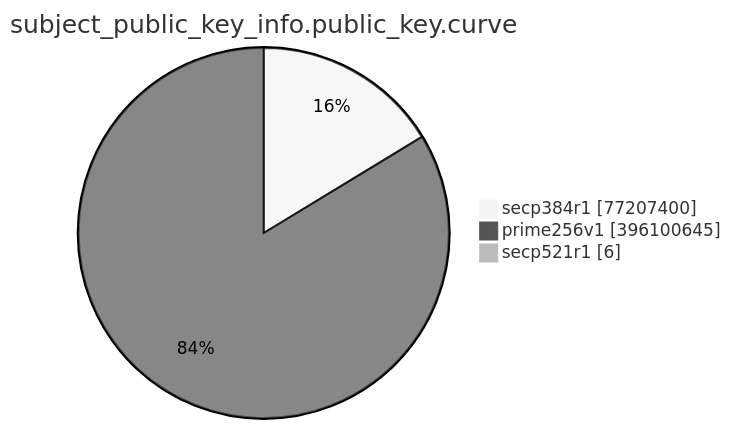
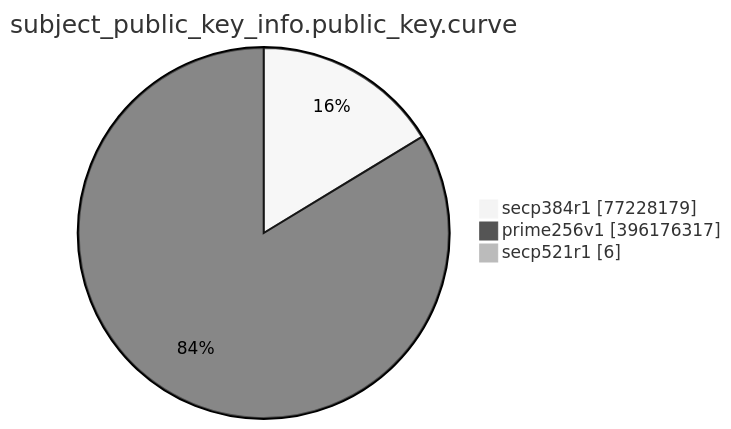
The eighth of 15 diagrams in TOTAL/README.md (christiankrug/ctmonitor_visualization), drawn with Mermaid (neutral theme) before and after one commit. The commit also changed other lines of this file, not shown here.

````diff
--- a/TOTAL/README.md
+++ b/TOTAL/README.md
@@ -3095,7 +3095,7 @@
 ```mermaid
 pie showData
 title subject_public_key_info.public_key.curve
-"secp384r1" :77207400
-"prime256v1" :396100645
+"secp384r1" :77228179
+"prime256v1" :396176317
 "secp521r1" :6
 ```
````
